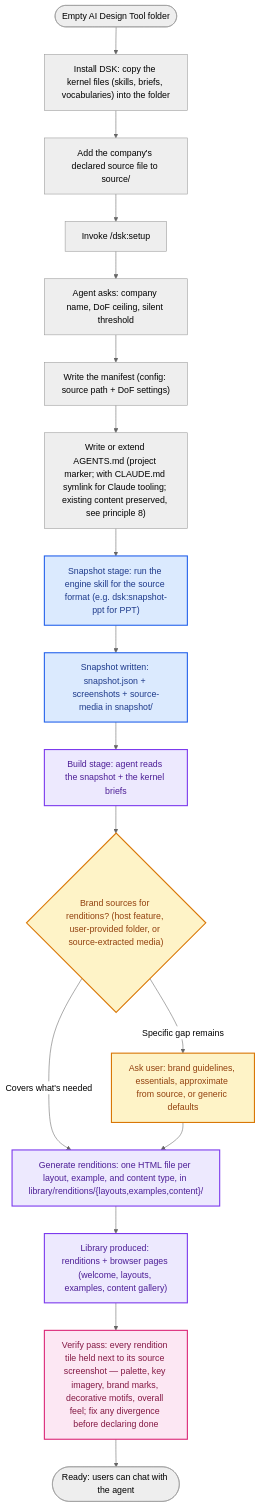
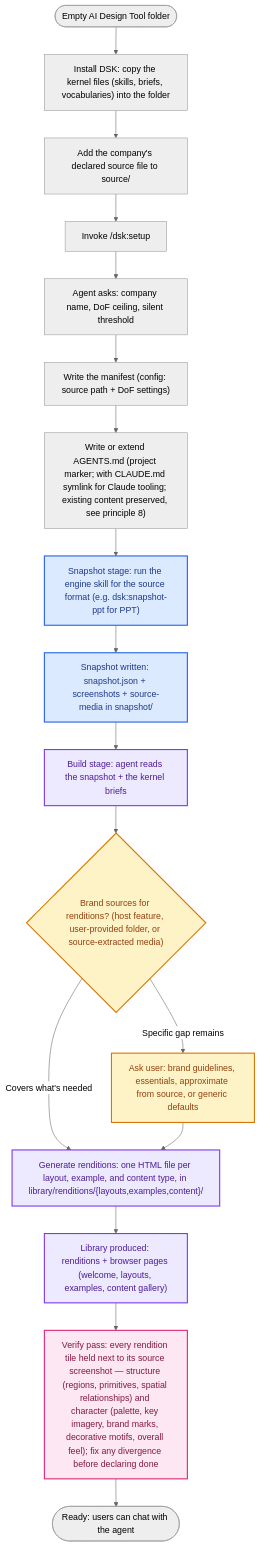
One commit to dawid-dahl-umain/design-system-kernel changed the second of 5 diagrams in dsk/skills/context/lifecycles.md. Above: the diagram before and after it, drawn with Mermaid (neutral theme). The commit also changed other lines of this file and 5 other files, not shown here.

````diff
--- a/dsk/skills/context/lifecycles.md
+++ b/dsk/skills/context/lifecycles.md
@@ -58,28 +58,28 @@
 ```mermaid
 flowchart TD
     Start([Empty AI Design Tool folder]) --> InstallKernel["Install DSK: copy the kernel files (skills, briefs, vocabularies) into the folder"]
     InstallKernel --> AddSource["Add the company's declared source file to source/"]
     AddSource --> RunSetup["Invoke /dsk:setup"]
     RunSetup --> AskConfig["Agent asks: company name, DoF ceiling, silent threshold"]
     AskConfig --> WriteManifest["Write the manifest (config: source path + DoF settings)"]
     WriteManifest --> WriteAgentsMd["Write or extend AGENTS.md (project marker; with CLAUDE.md symlink for Claude tooling; existing content preserved, see principle 8)"]
     WriteAgentsMd --> RunSnapshot["Snapshot stage: run the engine skill for the source format (e.g. dsk:snapshot-ppt for PPT)"]
     RunSnapshot --> SnapshotWritten["Snapshot written: snapshot.json + screenshots + source-media in snapshot/"]
     SnapshotWritten --> Build["Build stage: agent reads the snapshot + the kernel briefs"]
     Build --> CheckDS{"Brand sources for renditions? (host feature, user-provided folder, or source-extracted media)"}
     CheckDS -->|Covers what's needed| Renditions["Generate renditions: one HTML file per layout, example, and content type, in library/renditions/{layouts,examples,content}/"]
     CheckDS -->|Specific gap remains| AskUser["Ask user: brand guidelines, essentials, approximate from source, or generic defaults"]
     AskUser --> Renditions
     Renditions --> LibraryProduced["Library produced: renditions + browser pages (welcome, layouts, examples, content gallery)"]
-    LibraryProduced --> Verify["Verify pass: every rendition tile held next to its source screenshot — palette, key imagery, brand marks, decorative motifs, overall feel; fix any divergence before declaring done"]
+    LibraryProduced --> Verify["Verify pass: every rendition tile held next to its source screenshot — structure (regions, primitives, spatial relationships) and character (palette, key imagery, brand marks, decorative motifs, overall feel); fix any divergence before declaring done"]
     Verify --> Ready([Ready: users can chat with the agent])
 
     classDef snapshotStage fill:#dbeafe,stroke:#2563eb,stroke-width:2px,color:#1e3a8a
     classDef buildStage    fill:#ede9fe,stroke:#7c3aed,stroke-width:2px,color:#4c1d95
     classDef verifyStage   fill:#fce7f3,stroke:#db2777,stroke-width:2px,color:#831843
     classDef clarify       fill:#fef3c7,stroke:#d97706,stroke-width:2px,color:#92400e
     class RunSnapshot,SnapshotWritten snapshotStage
     class Build,Renditions,LibraryProduced buildStage
     class Verify verifyStage
     class CheckDS,AskUser clarify
 ```
````
